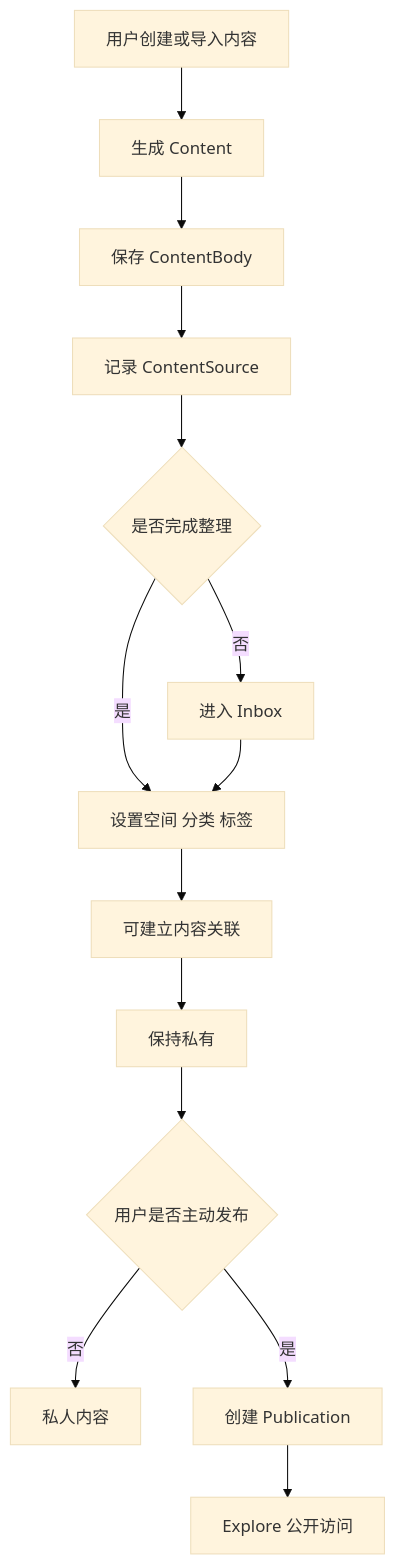
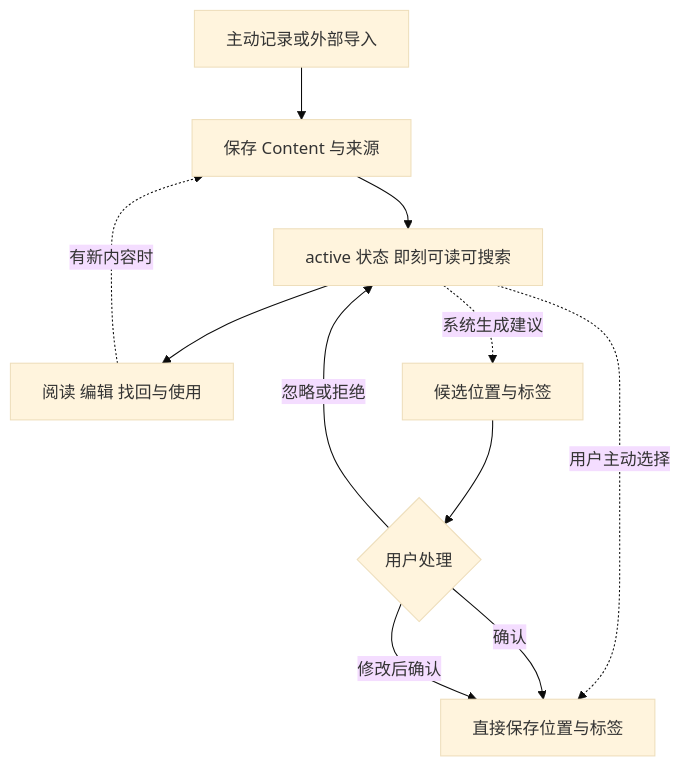
The second of 2 diagrams in docs/product/CORE-DOMAIN-MODEL.md (marineyulxl/Luma), drawn with Mermaid (base theme) before and after one commit. The commit also changed other lines of this file and 104 other files, not shown here.

````diff
--- a/docs/product/CORE-DOMAIN-MODEL.md
+++ b/docs/product/CORE-DOMAIN-MODEL.md
@@ -658,16 +669,13 @@
 ```mermaid
 flowchart TD
-    A[用户创建或导入内容] --> B[生成 Content]
-    B --> C[保存 ContentBody]
-    C --> D[记录 ContentSource]
-    D --> E{是否完成整理}
-    E -->|否| F[进入 Inbox]
-    E -->|是| G[设置空间 分类 标签]
-    F --> G
-    G --> H[可建立内容关联]
-    H --> I[保持私有]
-    I --> J{用户是否主动发布}
-    J -->|否| K[私人内容]
-    J -->|是| L[创建 Publication]
-    L --> M[Explore 公开访问]
+    A[主动记录或外部导入] --> B[保存 Content 与来源]
+    B --> C[active 状态 即刻可读可搜索]
+    C --> D[阅读 编辑 找回与使用]
+    C -. 用户主动选择 .-> E[直接保存位置与标签]
+    C -. 系统生成建议 .-> F[候选位置与标签]
+    F --> G{用户处理}
+    G -->|确认| E
+    G -->|修改后确认| E
+    G -->|忽略或拒绝| C
+    D -. 有新内容时 .-> B
 ```
````
